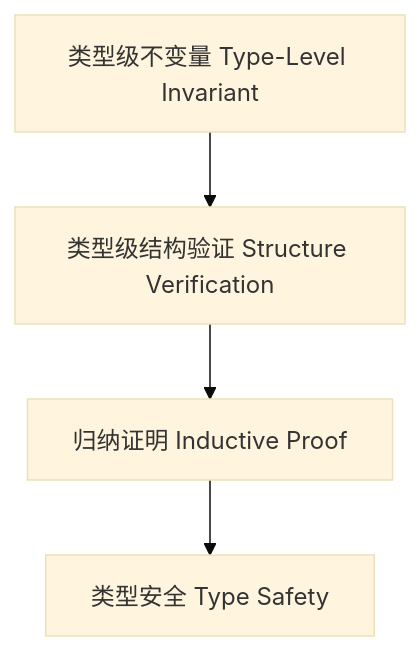
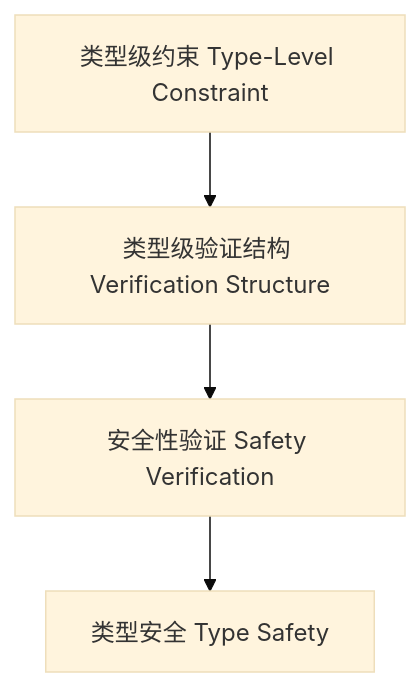
Before and after one commit to AdaMartin18010/haskell: the diagram in docs/analysis/Type/01-Type-Level-Verification.md, drawn with Mermaid (base theme). The commit also changed other lines of this file and 21 other files, not shown here.

````diff
--- a/docs/analysis/Type/01-Type-Level-Verification.md
+++ b/docs/analysis/Type/01-Type-Level-Verification.md
@@ -71,6 +64,6 @@
 ```mermaid
 graph TD
-  A[类型级不变量 Type-Level Invariant] --> B[类型级结构验证 Structure Verification]
-  B --> C[归纳证明 Inductive Proof]
+  A[类型级约束 Type-Level Constraint] --> B[类型级验证结构 Verification Structure]
+  B --> C[安全性验证 Safety Verification]
   C --> D[类型安全 Type Safety]
 ```
````
